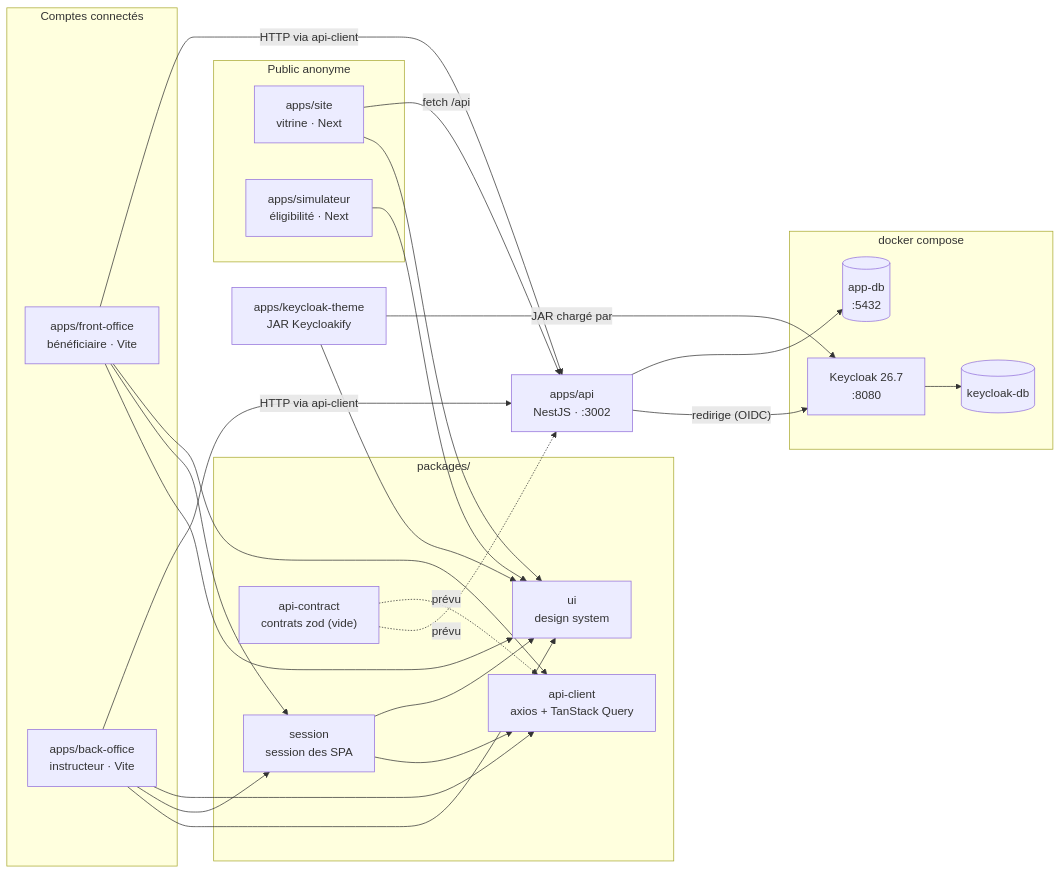
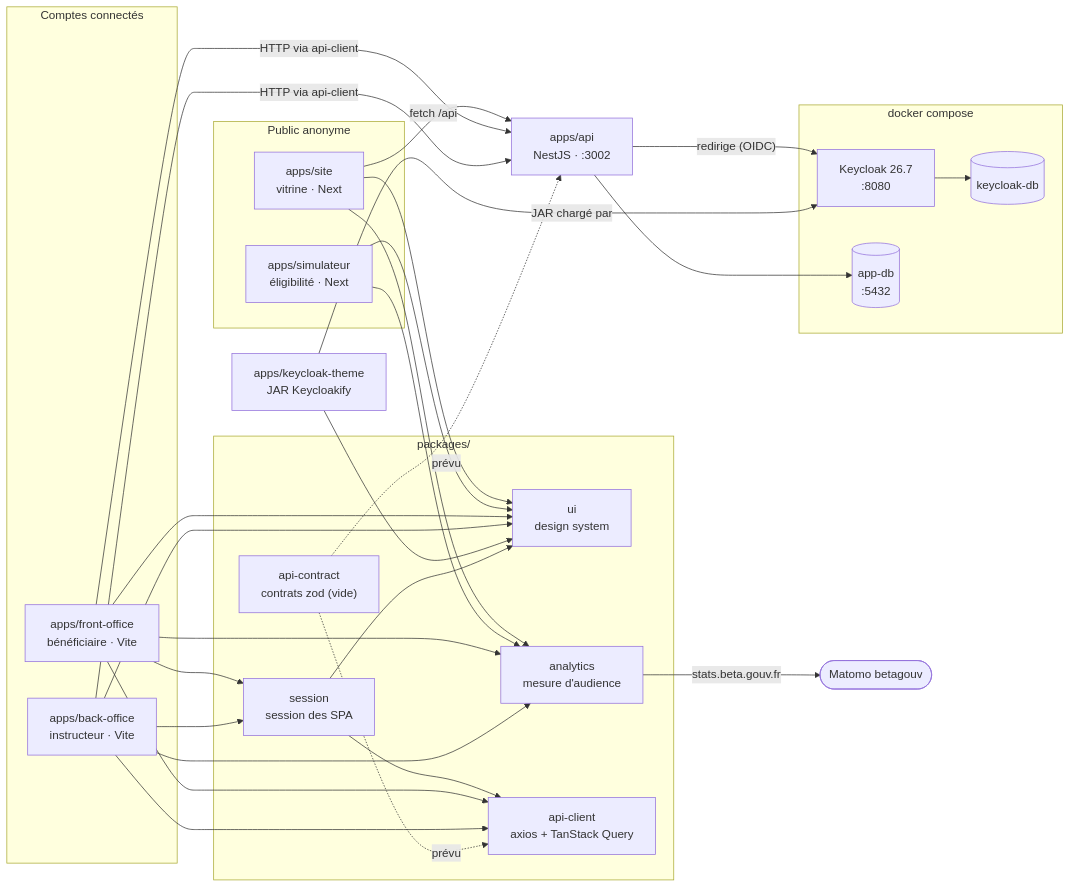
One commit to betagouv/etape changed the diagram in docs/cartographie.md. Above: the diagram before and after it, drawn with Mermaid. The commit also changed other lines of this file and 60 other files, not shown here.

First line of the commit message:
Mesure l'audience avec Matomo sur les quatre apps

````diff
--- a/docs/cartographie.md
+++ b/docs/cartographie.md
@@ -9,37 +9,40 @@
 ```mermaid
 flowchart LR
   subgraph public["Public anonyme"]
     site["apps/site<br/>vitrine · Next"]
     simulateur["apps/simulateur<br/>éligibilité · Next"]
   end
   subgraph connecte["Comptes connectés"]
     fo["apps/front-office<br/>bénéficiaire · Vite"]
     bo["apps/back-office<br/>instructeur · Vite"]
   end
   subgraph packages["packages/"]
     ui["ui<br/>design system"]
     session["session<br/>session des SPA"]
+    analytics["analytics<br/>mesure d'audience"]
     client["api-client<br/>axios + TanStack Query"]
     contract["api-contract<br/>contrats zod (vide)"]
   end
   subgraph docker["docker compose"]
     keycloak["Keycloak 26.7<br/>:8080"]
     kcdb[("keycloak-db")]
     appdb[("app-db<br/>:5432")]
   end
   api["apps/api<br/>NestJS · :3002"]
   theme["apps/keycloak-theme<br/>JAR Keycloakify"]
 
   site & simulateur & fo & bo & theme --> ui
+  site & simulateur & fo & bo --> analytics
+  analytics -- "stats.beta.gouv.fr" --> matomo(["Matomo betagouv"])
   fo & bo --> session
   session --> client & ui
   fo & bo --> client
   contract -. prévu .-> api
   contract -. prévu .-> client
   site -- "fetch /api" --> api
   fo & bo -- "HTTP via api-client" --> api
   api -- "redirige (OIDC)" --> keycloak
   api --> appdb
   keycloak --> kcdb
   theme -- "JAR chargé par" --> keycloak
 ```
````
